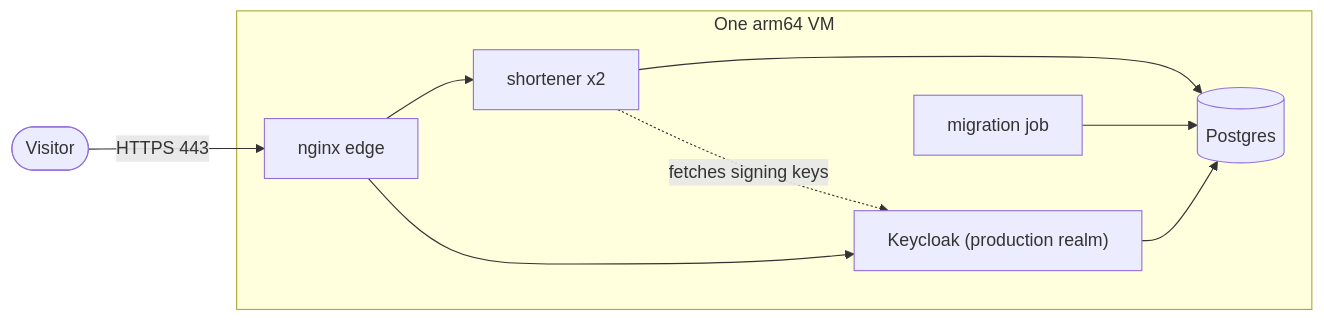
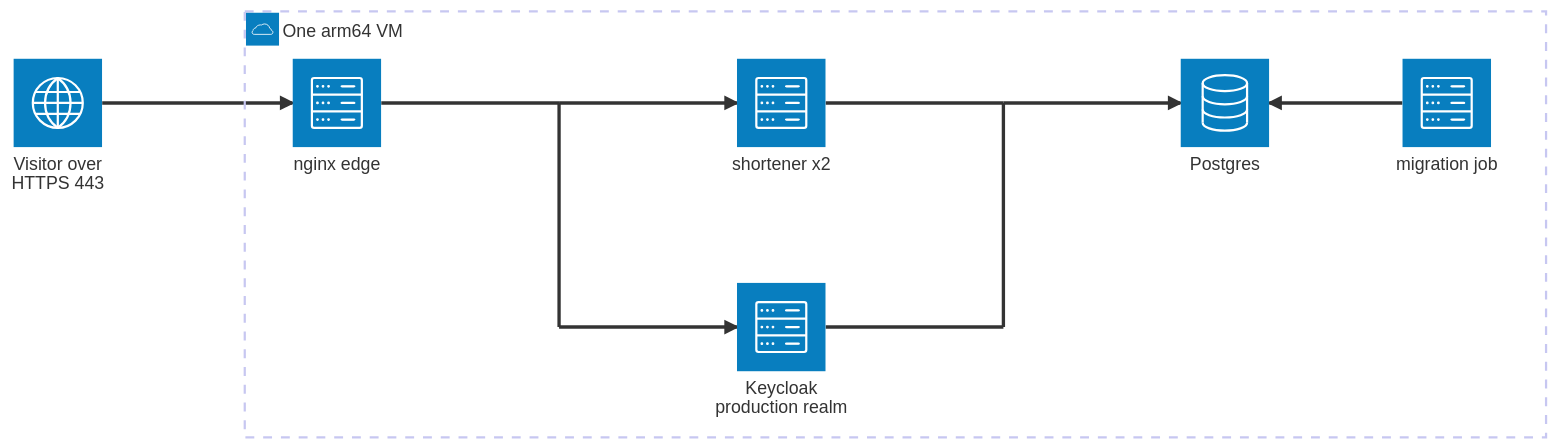
Before and after one commit to christ008/shortener: the diagram in docs/CLOUD.md, drawn with Mermaid. The commit also changed 1 other file, not shown here.

Commit message:
Draw the README's and CLOUD.md's architecture diagrams with Mermaid's icons
The two diagrams of the architecture and of the VM were flowcharts. They are architecture diagrams now, with the icons Mermaid has built in (internet, server, database,
cloud), so that a client, a server and a database read at a glance.

What it costs, and why only these two: an architecture diagram has no labels on its arrows, and its node labels take only words, numbers and spaces. The README's lost "HTTPS", "GET /{code}"
and "signing keys" on the arrows; the role of the application ("shortener_app has no DELETE or DDL") and the keys moved into the node labels. The other diagrams have labelled arrows that
carry what they say, or are sequence diagrams, which have no icons.

Vertical links in an architecture diagram run through the label of the node they leave, so the diagrams join them with junctions, which have no label.

Rendered with Mermaid 11.4.1 in a browser. GitHub's own version was not checked.

````diff
--- a/docs/CLOUD.md
+++ b/docs/CLOUD.md
@@ -25,12 +25,25 @@
 ```mermaid
-flowchart LR
-    visitor(["Visitor"]) -->|"HTTPS 443"| edge["nginx edge"]
-    subgraph vm["One arm64 VM"]
-        edge --> app["shortener x2"]
-        edge --> idp["Keycloak (production realm)"]
-        app --> db[("Postgres")]
-        idp --> db
-        migrate["migration job"] --> db
-    end
-    app -. "fetches signing keys" .-> idp
+architecture-beta
+    service visitor(internet)[Visitor over HTTPS 443]
+    group vm(cloud)[One arm64 VM]
+    service edge(server)[nginx edge] in vm
+    junction je in vm
+    service app(server)[shortener x2] in vm
+    junction jd in vm
+    service db(database)[Postgres] in vm
+    service migrate(server)[migration job] in vm
+    junction ji in vm
+    service idp(server)[Keycloak production realm] in vm
+    junction jj in vm
+
+    visitor:R --> L:edge
+    edge:R -- L:je
+    je:R --> L:app
+    app:R -- L:jd
+    jd:R --> L:db
+    migrate:L --> R:db
+    je:B -- T:ji
+    ji:R --> L:idp
+    idp:R -- L:jj
+    jj:T -- B:jd
 ```
````
